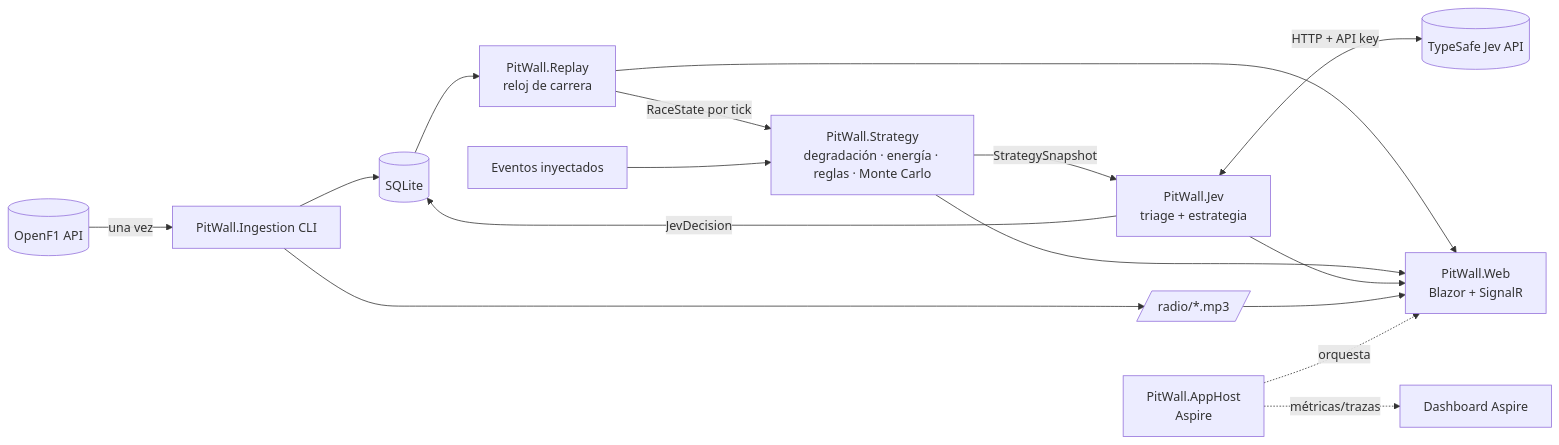
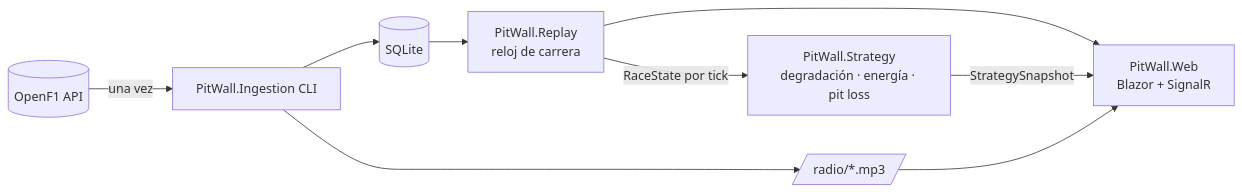
Before and after one commit to santvallejos/.NET-conf-2026---F1: the first of 2 diagrams in docs/architecture.md, drawn with Mermaid. The commit also changed other lines of this file and 292 other files, not shown here.

````diff
--- a/docs/architecture.md
+++ b/docs/architecture.md
@@ -5,21 +5,13 @@
 ```mermaid
 flowchart LR
     OF[(OpenF1 API)] -->|una vez| ING[PitWall.Ingestion CLI]
     ING --> DB[(SQLite)]
     ING --> MP3[/radio/*.mp3/]
 
     DB --> RP[PitWall.Replay<br/>reloj de carrera]
-    RP -->|RaceState por tick| ST[PitWall.Strategy<br/>degradación · energía · reglas · Monte Carlo]
-    INJ[Eventos inyectados] --> ST
-    ST -->|StrategySnapshot| JV[PitWall.Jev<br/>triage + estrategia]
-    JV <-->|HTTP + API key| TS[(TypeSafe Jev API)]
-    JV -->|JevDecision| DB
+    RP -->|RaceState por tick| ST[PitWall.Strategy<br/>degradación · energía · pit loss]
 
     RP --> WEB[PitWall.Web<br/>Blazor + SignalR]
-    ST --> WEB
-    JV --> WEB
+    ST -->|StrategySnapshot| WEB
     MP3 --> WEB
-
-    AH[PitWall.AppHost<br/>Aspire] -.orquesta.-> WEB
-    AH -.métricas/trazas.-> DASH[Dashboard Aspire]
 ```
````
